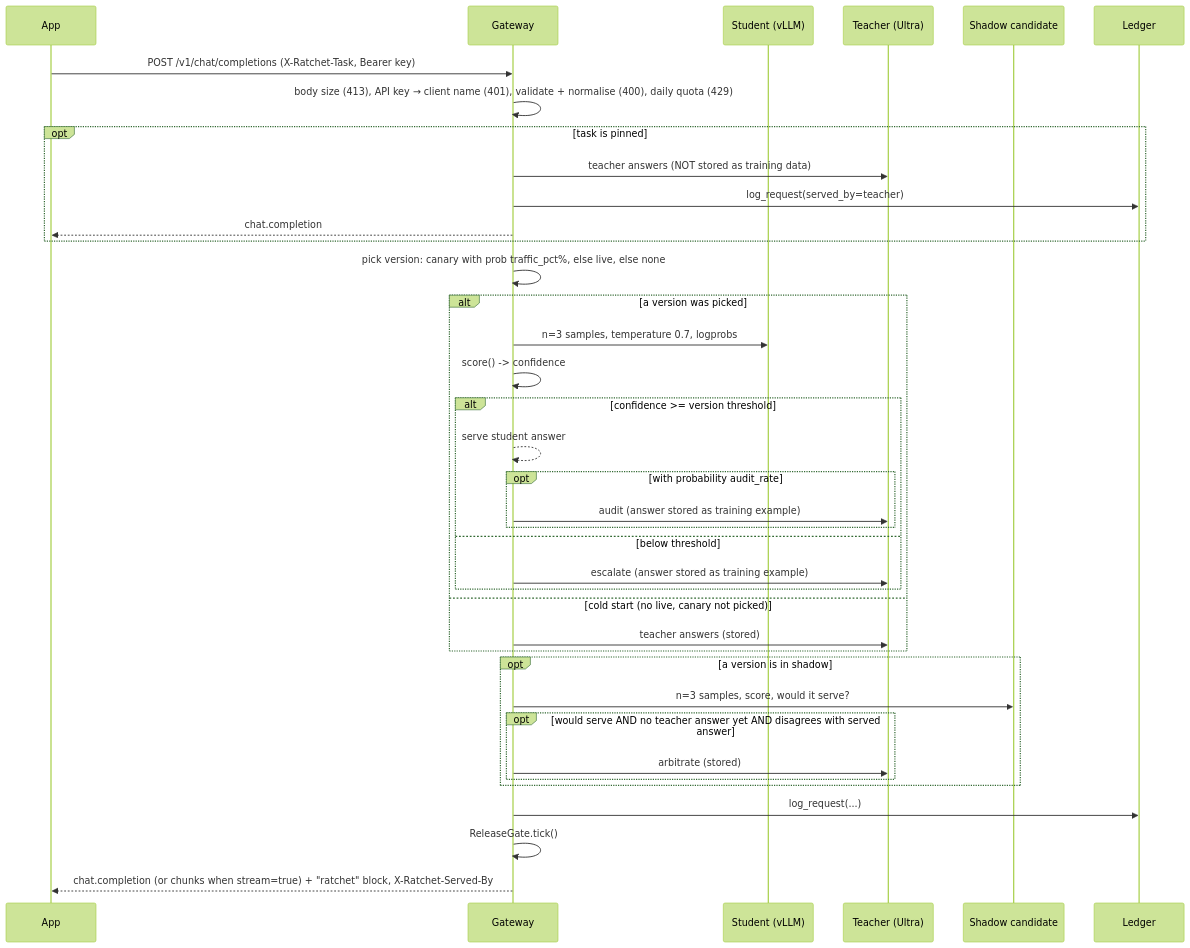
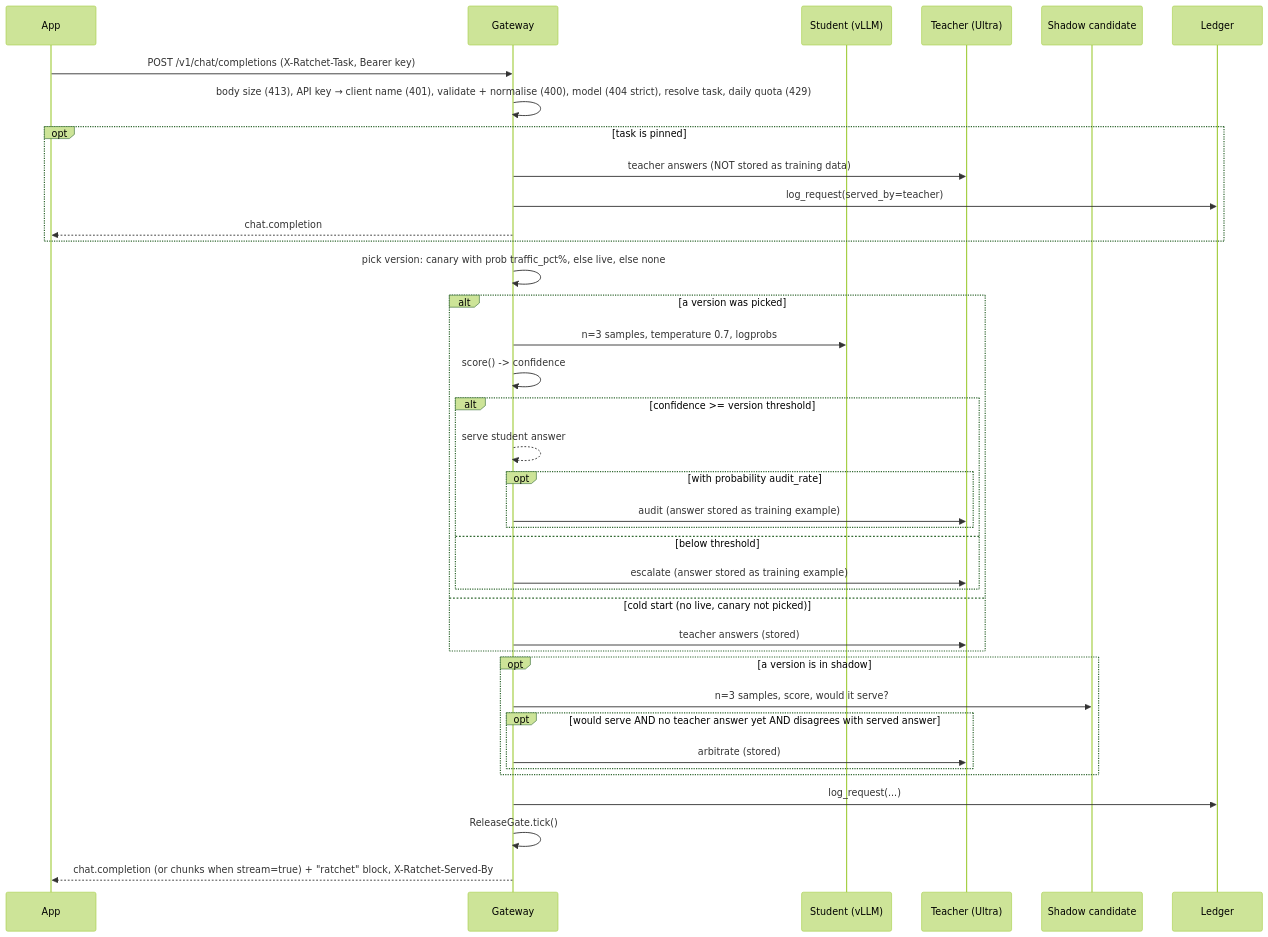
The first of 3 diagrams in docs/ARCHITECTURE.md (harshbhx/ratchet), drawn with Mermaid (forest theme) before and after one commit. The commit also changed other lines of this file and 22 other files, not shown here.

````diff
--- a/docs/ARCHITECTURE.md
+++ b/docs/ARCHITECTURE.md
@@ -77,40 +77,40 @@
 ```mermaid
 sequenceDiagram
     participant App
     participant GW as Gateway
     participant S as Student (vLLM)
     participant T as Teacher (Ultra)
     participant SH as Shadow candidate
     participant L as Ledger
     App->>GW: POST /v1/chat/completions (X-Ratchet-Task, Bearer key)
-    GW->>GW: body size (413), API key → client name (401), validate + normalise (400), daily quota (429)
+    GW->>GW: body size (413), API key → client name (401), validate + normalise (400), model (404 strict), resolve task, daily quota (429)
     opt task is pinned
         GW->>T: teacher answers (NOT stored as training data)
         GW->>L: log_request(served_by=teacher)
         GW-->>App: chat.completion
     end
     GW->>GW: pick version: canary with prob traffic_pct%, else live, else none
     alt a version was picked
         GW->>S: n=3 samples, temperature 0.7, logprobs
         GW->>GW: score() -> confidence
         alt confidence >= version threshold
             GW-->>GW: serve student answer
             opt with probability audit_rate
                 GW->>T: audit (answer stored as training example)
             end
         else below threshold
             GW->>T: escalate (answer stored as training example)
         end
     else cold start (no live, canary not picked)
         GW->>T: teacher answers (stored)
     end
     opt a version is in shadow
         GW->>SH: n=3 samples, score, would it serve?
         opt would serve AND no teacher answer yet AND disagrees with served answer
             GW->>T: arbitrate (stored)
         end
     end
     GW->>L: log_request(...)
     GW->>GW: ReleaseGate.tick()
     GW-->>App: chat.completion (or chunks when stream=true) + "ratchet" block, X-Ratchet-Served-By
 ```
````
